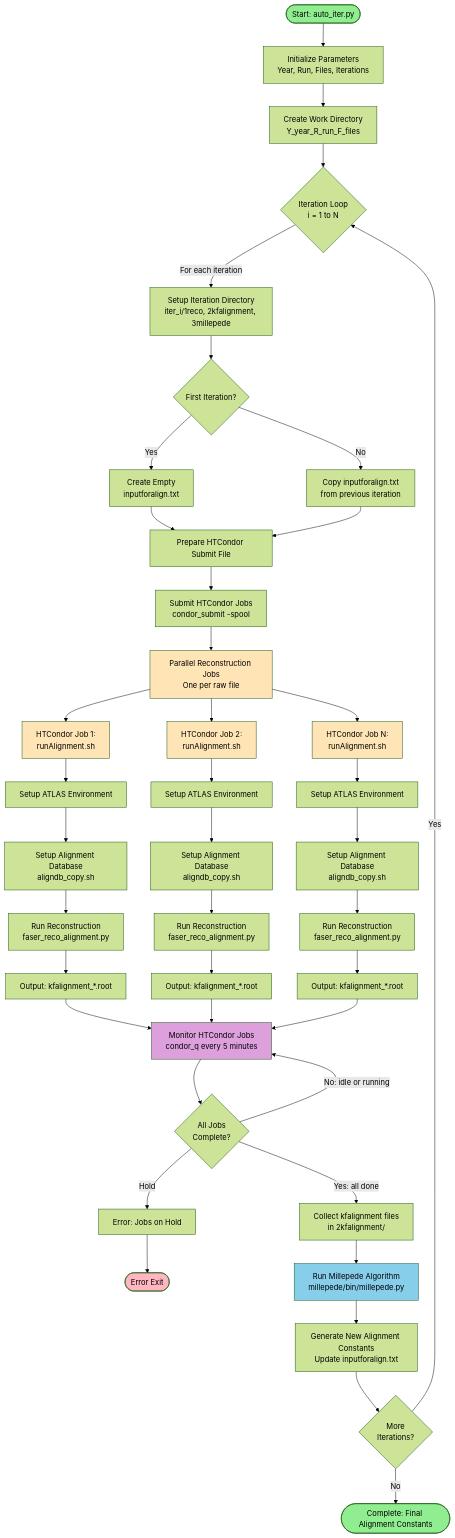
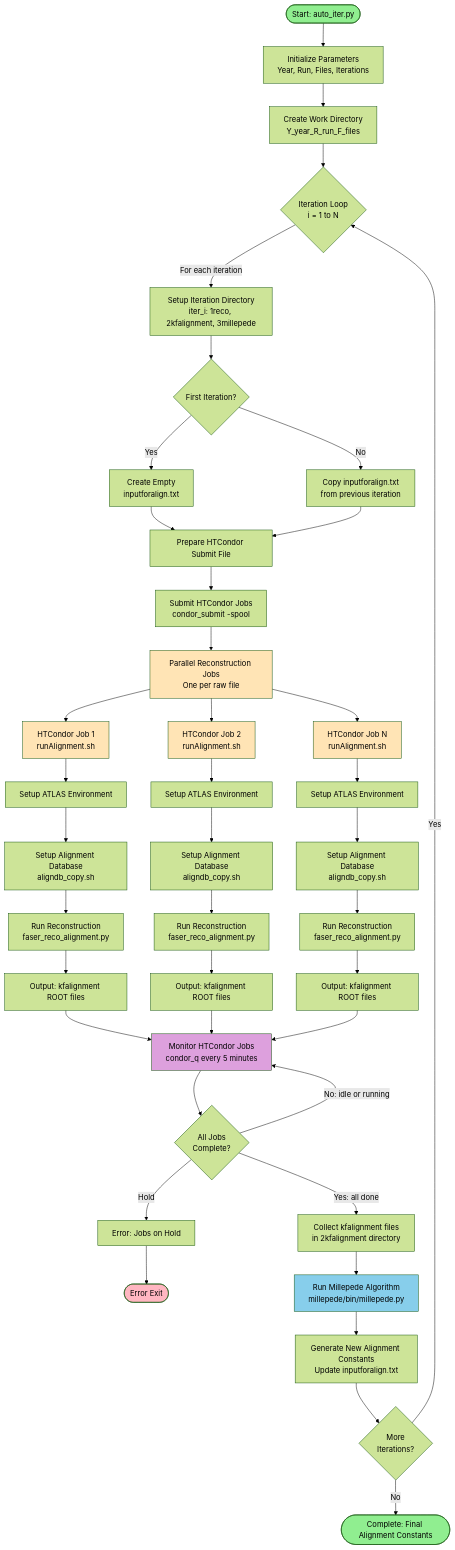
The diagram in README.md (shunliang233/alignment), drawn with Mermaid (forest theme) before and after one commit.

Commit message:
Comprehensive fix for Mermaid 9.3.0 compatibility: quote all labels and remove problematic characters

````diff
--- a/README.md
+++ b/README.md
@@ -15,68 +15,68 @@
 ```mermaid
 flowchart TD
-    Start([Start: auto_iter.py]) --> Init[Initialize Parameters<br/>Year, Run, Files, Iterations]
-    Init --> CreateDirs[Create Work Directory<br/>Y_year_R_run_F_files]
-    CreateDirs --> IterLoop{Iteration Loop<br/>i = 1 to N}
+    Start(["Start: auto_iter.py"]) --> Init["Initialize Parameters<br/>Year, Run, Files, Iterations"]
+    Init --> CreateDirs["Create Work Directory<br/>Y_year_R_run_F_files"]
+    CreateDirs --> IterLoop{"Iteration Loop<br/>i = 1 to N"}
     
-    IterLoop -->|For each iteration| IterSetup[Setup Iteration Directory<br/>iter_i/1reco, 2kfalignment, 3millepede]
+    IterLoop -->|"For each iteration"| IterSetup["Setup Iteration Directory<br/>iter_i: 1reco, 2kfalignment, 3millepede"]
     
-    IterSetup --> PrepAlign{First Iteration?}
-    PrepAlign -->|Yes| CreateEmpty[Create Empty<br/>inputforalign.txt]
-    PrepAlign -->|No| CopyAlign[Copy inputforalign.txt<br/>from previous iteration]
+    IterSetup --> PrepAlign{"First Iteration?"}
+    PrepAlign -->|"Yes"| CreateEmpty["Create Empty<br/>inputforalign.txt"]
+    PrepAlign -->|"No"| CopyAlign["Copy inputforalign.txt<br/>from previous iteration"]
     
-    CreateEmpty --> PrepCondor[Prepare HTCondor Submit File]
+    CreateEmpty --> PrepCondor["Prepare HTCondor Submit File"]
     CopyAlign --> PrepCondor
     
-    PrepCondor --> SubmitJobs[Submit HTCondor Jobs<br/>condor_submit -spool]
+    PrepCondor --> SubmitJobs["Submit HTCondor Jobs<br/>condor_submit -spool"]
     
-    SubmitJobs --> ParallelReco[Parallel Reconstruction Jobs<br/>One per raw file]
+    SubmitJobs --> ParallelReco["Parallel Reconstruction Jobs<br/>One per raw file"]
     
-    ParallelReco --> RecoJob1[HTCondor Job 1:<br/>runAlignment.sh]
-    ParallelReco --> RecoJob2[HTCondor Job 2:<br/>runAlignment.sh]
-    ParallelReco --> RecoJobN[HTCondor Job N:<br/>runAlignment.sh]
+    ParallelReco --> RecoJob1["HTCondor Job 1<br/>runAlignment.sh"]
+    ParallelReco --> RecoJob2["HTCondor Job 2<br/>runAlignment.sh"]
+    ParallelReco --> RecoJobN["HTCondor Job N<br/>runAlignment.sh"]
     
-    RecoJob1 --> SetupEnv1[Setup ATLAS Environment]
-    RecoJob2 --> SetupEnv2[Setup ATLAS Environment]
-    RecoJobN --> SetupEnvN[Setup ATLAS Environment]
+    RecoJob1 --> SetupEnv1["Setup ATLAS Environment"]
+    RecoJob2 --> SetupEnv2["Setup ATLAS Environment"]
+    RecoJobN --> SetupEnvN["Setup ATLAS Environment"]
     
-    SetupEnv1 --> SetupDB1[Setup Alignment Database<br/>aligndb_copy.sh]
-    SetupEnv2 --> SetupDB2[Setup Alignment Database<br/>aligndb_copy.sh]
-    SetupEnvN --> SetupDBN[Setup Alignment Database<br/>aligndb_copy.sh]
+    SetupEnv1 --> SetupDB1["Setup Alignment Database<br/>aligndb_copy.sh"]
+    SetupEnv2 --> SetupDB2["Setup Alignment Database<br/>aligndb_copy.sh"]
+    SetupEnvN --> SetupDBN["Setup Alignment Database<br/>aligndb_copy.sh"]
     
-    SetupDB1 --> RunReco1[Run Reconstruction<br/>faser_reco_alignment.py]
-    SetupDB2 --> RunReco2[Run Reconstruction<br/>faser_reco_alignment.py]
-    SetupDBN --> RunRecoN[Run Reconstruction<br/>faser_reco_alignment.py]
+    SetupDB1 --> RunReco1["Run Reconstruction<br/>faser_reco_alignment.py"]
+    SetupDB2 --> RunReco2["Run Reconstruction<br/>faser_reco_alignment.py"]
+    SetupDBN --> RunRecoN["Run Reconstruction<br/>faser_reco_alignment.py"]
     
-    RunReco1 --> Output1[Output: kfalignment_*.root]
-    RunReco2 --> Output2[Output: kfalignment_*.root]
-    RunRecoN --> OutputN[Output: kfalignment_*.root]
+    RunReco1 --> Output1["Output: kfalignment ROOT files"]
+    RunReco2 --> Output2["Output: kfalignment ROOT files"]
+    RunRecoN --> OutputN["Output: kfalignment ROOT files"]
     
-    Output1 --> Monitor[Monitor HTCondor Jobs<br/>condor_q every 5 minutes]
+    Output1 --> Monitor["Monitor HTCondor Jobs<br/>condor_q every 5 minutes"]
     Output2 --> Monitor
     OutputN --> Monitor
     
-    Monitor --> CheckStatus{All Jobs<br/>Complete?}
-    CheckStatus -->|No: idle or running| Monitor
-    CheckStatus -->|Hold| ErrorHandle[Error: Jobs on Hold]
-    CheckStatus -->|Yes: all done| CollectResults[Collect kfalignment files<br/>in 2kfalignment/]
+    Monitor --> CheckStatus{"All Jobs<br/>Complete?"}
+    CheckStatus -->|"No: idle or running"| Monitor
+    CheckStatus -->|"Hold"| ErrorHandle["Error: Jobs on Hold"]
+    CheckStatus -->|"Yes: all done"| CollectResults["Collect kfalignment files<br/>in 2kfalignment directory"]
     
-    ErrorHandle --> End([Error Exit])
+    ErrorHandle --> End(["Error Exit"])
     
-    CollectResults --> RunMille[Run Millepede Algorithm<br/>millepede/bin/millepede.py]
+    CollectResults --> RunMille["Run Millepede Algorithm<br/>millepede/bin/millepede.py"]
     
-    RunMille --> GenConstants[Generate New Alignment Constants<br/>Update inputforalign.txt]
+    RunMille --> GenConstants["Generate New Alignment Constants<br/>Update inputforalign.txt"]
     
-    GenConstants --> CheckIter{More<br/>Iterations?}
-    CheckIter -->|Yes| IterLoop
-    CheckIter -->|No| Complete([Complete: Final Alignment Constants])
+    GenConstants --> CheckIter{"More<br/>Iterations?"}
+    CheckIter -->|"Yes"| IterLoop
+    CheckIter -->|"No"| Complete(["Complete: Final Alignment Constants"])
     
     style Start fill:#90EE90
     style Complete fill:#90EE90
     style End fill:#FFB6C1
     style ParallelReco fill:#FFE4B5
     style RecoJob1 fill:#FFE4B5
     style RecoJob2 fill:#FFE4B5
     style RecoJobN fill:#FFE4B5
     style RunMille fill:#87CEEB
     style Monitor fill:#DDA0DD
 ```
````
